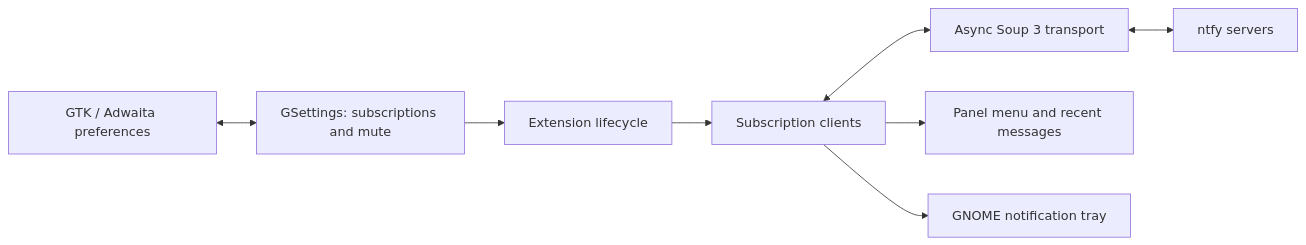
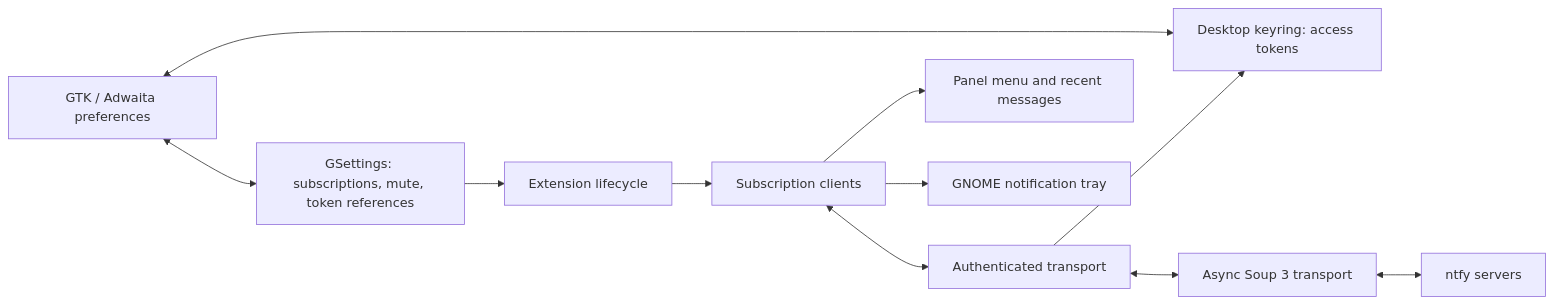
One commit to shukiv/ntfy.gnome changed the diagram in docs/BLUEPRINT.md. Above: the diagram before and after it, drawn with Mermaid. The commit also changed other lines of this file and 6 other files, not shown here.

````diff
--- a/docs/BLUEPRINT.md
+++ b/docs/BLUEPRINT.md
@@ -48,10 +50,13 @@
 ```mermaid
 flowchart LR
-    P[GTK / Adwaita preferences] <--> S[GSettings: subscriptions and mute]
+    P[GTK / Adwaita preferences] <--> S[GSettings: subscriptions, mute, token references]
+    P <--> K[Desktop keyring: access tokens]
     S --> E[Extension lifecycle]
     E --> C[Subscription clients]
-    C <--> T[Async Soup 3 transport]
+    C <--> A[Authenticated transport]
+    A --> K
+    A <--> T[Async Soup 3 transport]
     T <--> N[ntfy servers]
     C --> M[Panel menu and recent messages]
     C --> G[GNOME notification tray]
 ```
````
